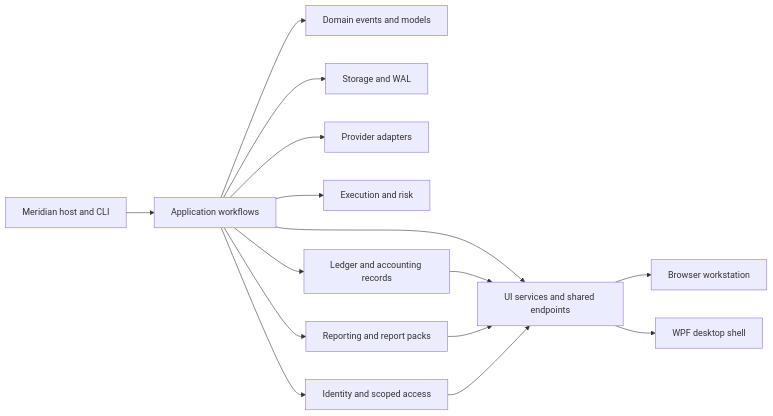
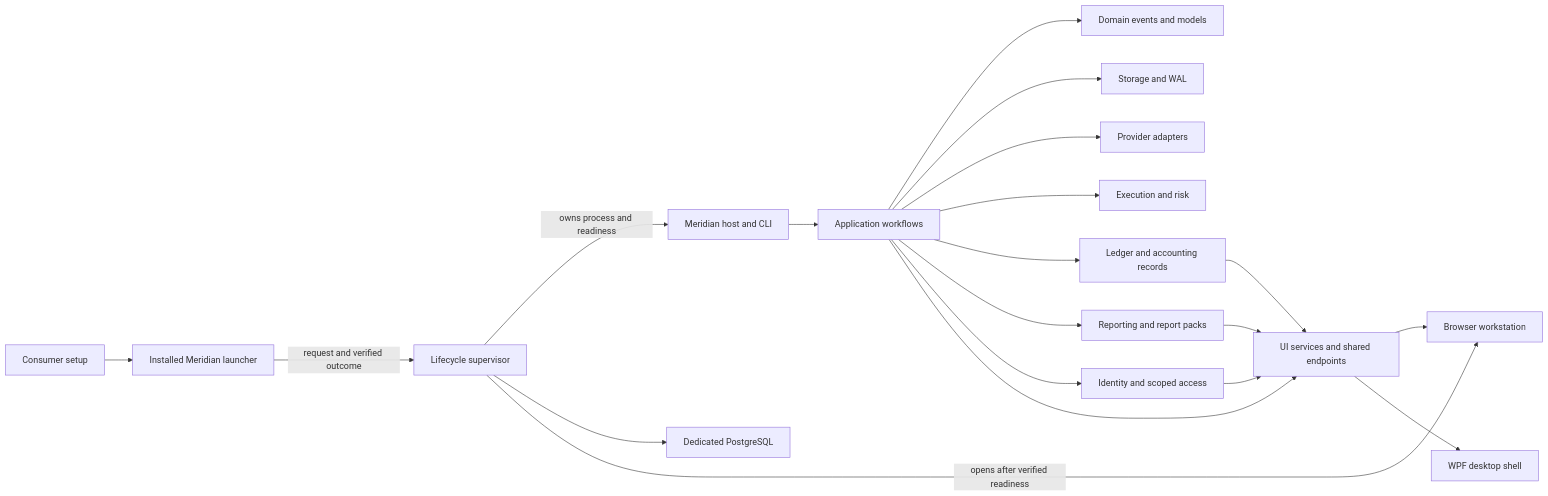
Before and after one commit to rodoHasArrived/Meridian-main: the diagram in docs/architecture/module-map.md, drawn with Mermaid. The commit also changed other lines of this file and 28 other files, not shown here.

Commit message:
Integrate and harden the installed Meridian launcher

````diff
--- a/docs/architecture/module-map.md
+++ b/docs/architecture/module-map.md
@@ -17,17 +17,22 @@
 ```mermaid
 flowchart LR
+  Setup["Consumer setup"] --> Launcher["Installed Meridian launcher"]
+  Launcher -->|request and verified outcome| Supervisor["Lifecycle supervisor"]
+  Supervisor -->|owns process and readiness| Host
+  Supervisor --> Database["Dedicated PostgreSQL"]
+  Supervisor -->|opens after verified readiness| Web
   Host["Meridian host and CLI"] --> Application["Application workflows"]
   Application --> Domain["Domain events and models"]
   Application --> Storage["Storage and WAL"]
   Application --> Providers["Provider adapters"]
   Application --> Execution["Execution and risk"]
   Application --> Ledger["Ledger and accounting records"]
   Application --> Reporting["Reporting and report packs"]
   Application --> Identity["Identity and scoped access"]
   Application --> UiServices["UI services and shared endpoints"]
   Ledger --> UiServices
   Reporting --> UiServices
   Identity --> UiServices
   UiServices --> Web["Browser workstation"]
   UiServices --> Wpf["WPF desktop shell"]
 ```
````
